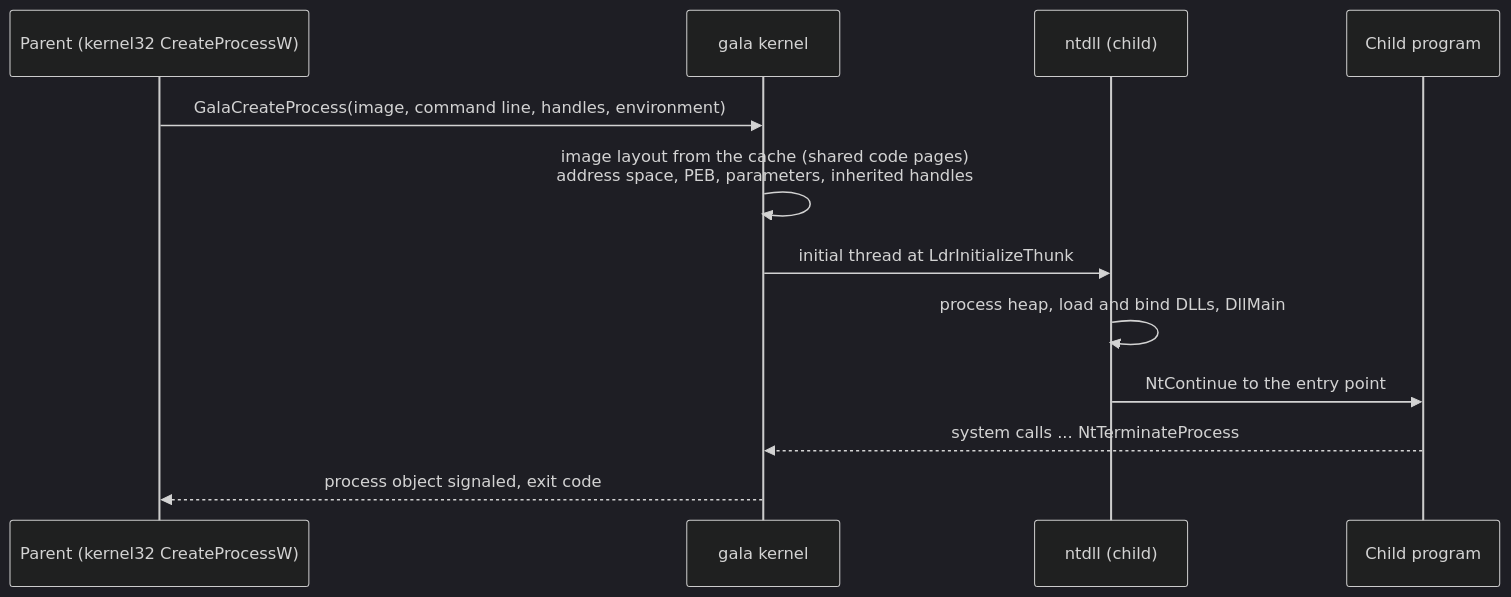
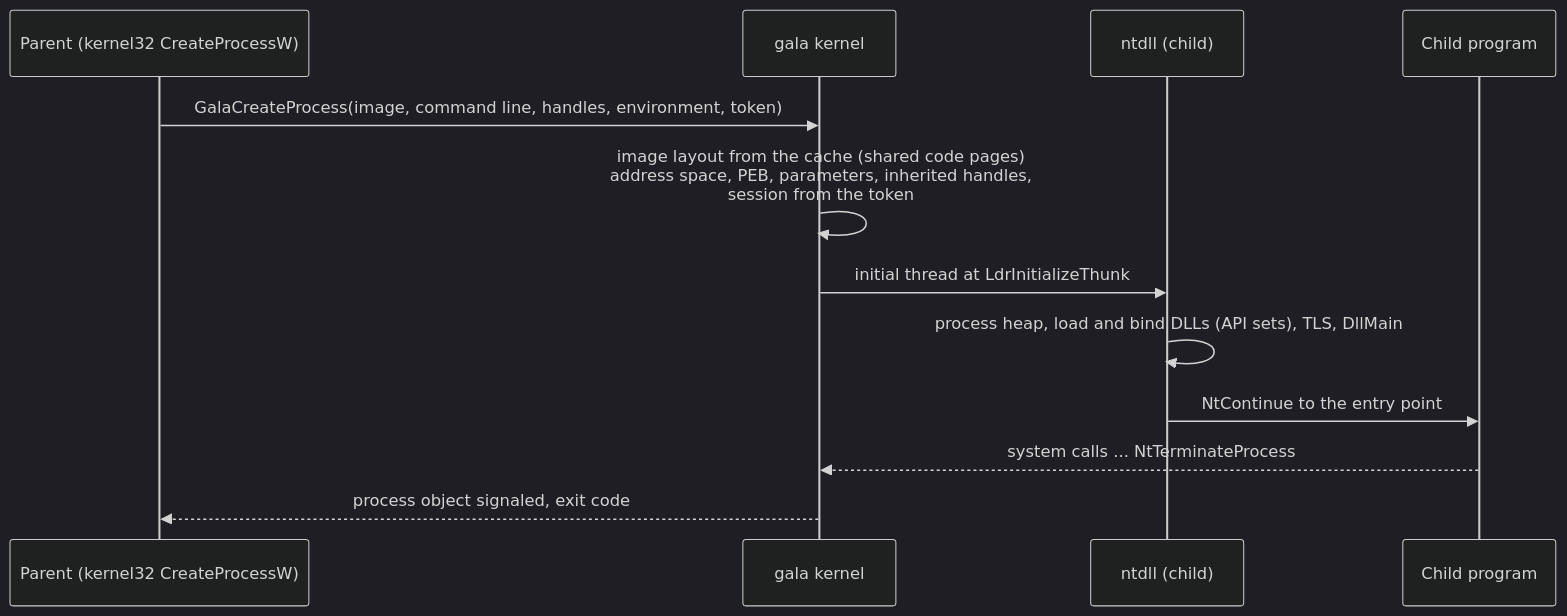
The third of 12 diagrams in README.md (bjorn-ali-goransson/gala-os), drawn with Mermaid (dark theme) before and after one commit. The commit also changed other lines of this file and 3 other files, not shown here.

First line of the commit message:
Docs: README brought up to date, diagrams expanded, stale facts fixed

````diff
--- a/README.md
+++ b/README.md
@@ -157,14 +238,14 @@
 ```mermaid
 sequenceDiagram
     participant P as Parent (kernel32 CreateProcessW)
     participant K as gala kernel
     participant L as ntdll (child)
     participant C as Child program
-    P->>K: GalaCreateProcess(image, command line, handles, environment)
-    K->>K: image layout from the cache (shared code pages)<br/>address space, PEB, parameters, inherited handles
+    P->>K: GalaCreateProcess(image, command line, handles, environment, token)
+    K->>K: image layout from the cache (shared code pages)<br/>address space, PEB, parameters, inherited handles,<br/>session from the token
     K->>L: initial thread at LdrInitializeThunk
-    L->>L: process heap, load and bind DLLs, DllMain
+    L->>L: process heap, load and bind DLLs (API sets), TLS, DllMain
     L->>C: NtContinue to the entry point
     C-->>K: system calls ... NtTerminateProcess
     K-->>P: process object signaled, exit code
 ```
````
